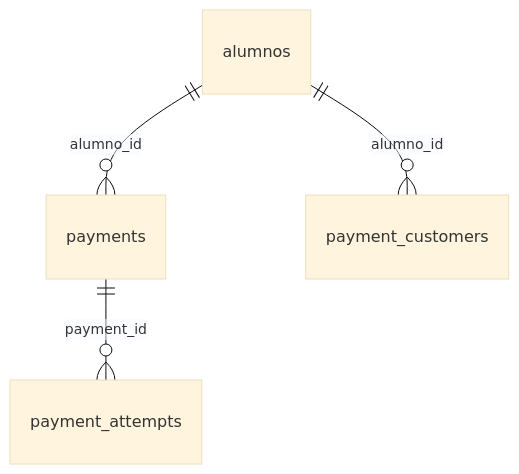
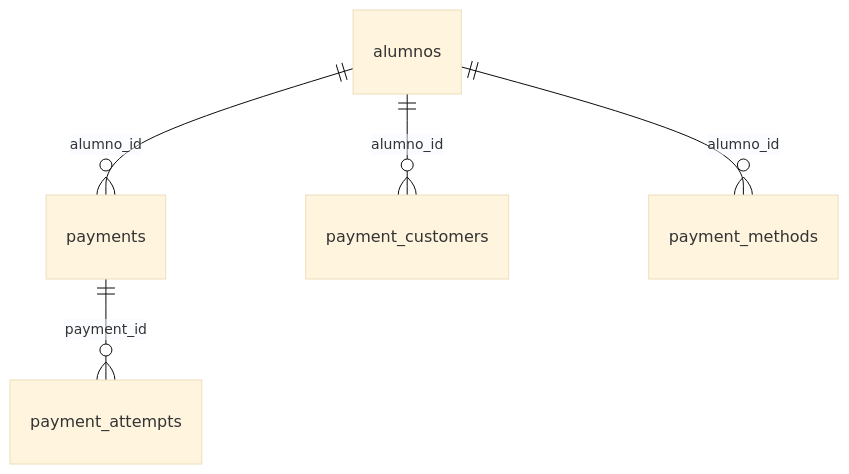
One commit to miguel-GF/school-control changed the diagram in docs/database-payments.md. Above: the diagram before and after it, drawn with Mermaid (base theme). The commit also changed other lines of this file and 12 other files, not shown here.

````diff
--- a/docs/database-payments.md
+++ b/docs/database-payments.md
@@ -13,6 +13,7 @@
 ```mermaid
 erDiagram
     alumnos ||--o{ payments : "alumno_id"
     alumnos ||--o{ payment_customers : "alumno_id"
+    alumnos ||--o{ payment_methods : "alumno_id"
     payments ||--o{ payment_attempts : "payment_id"
 ```
````
